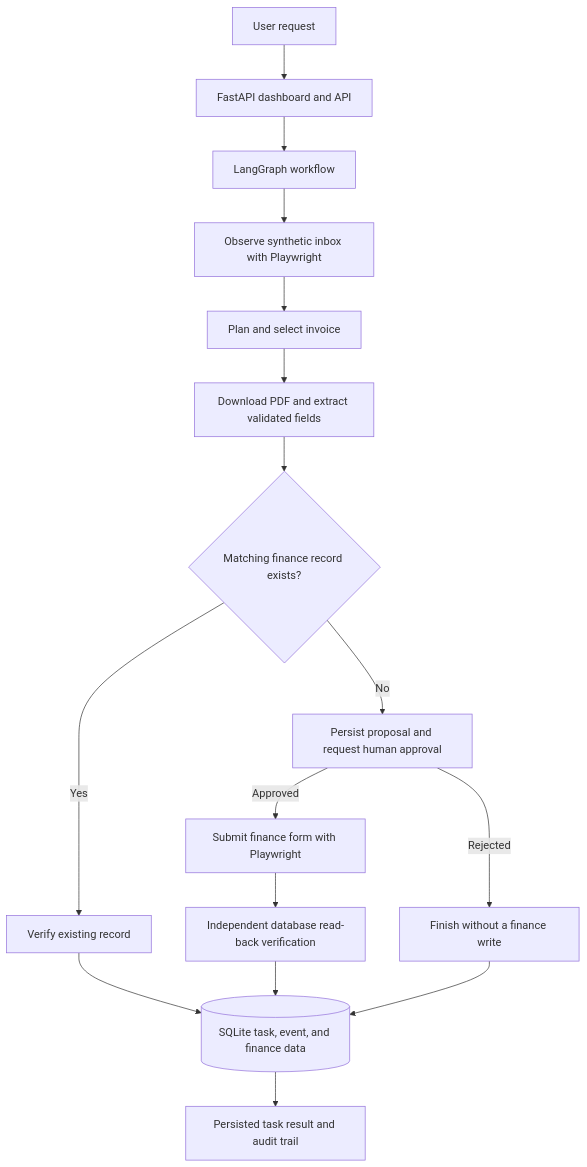
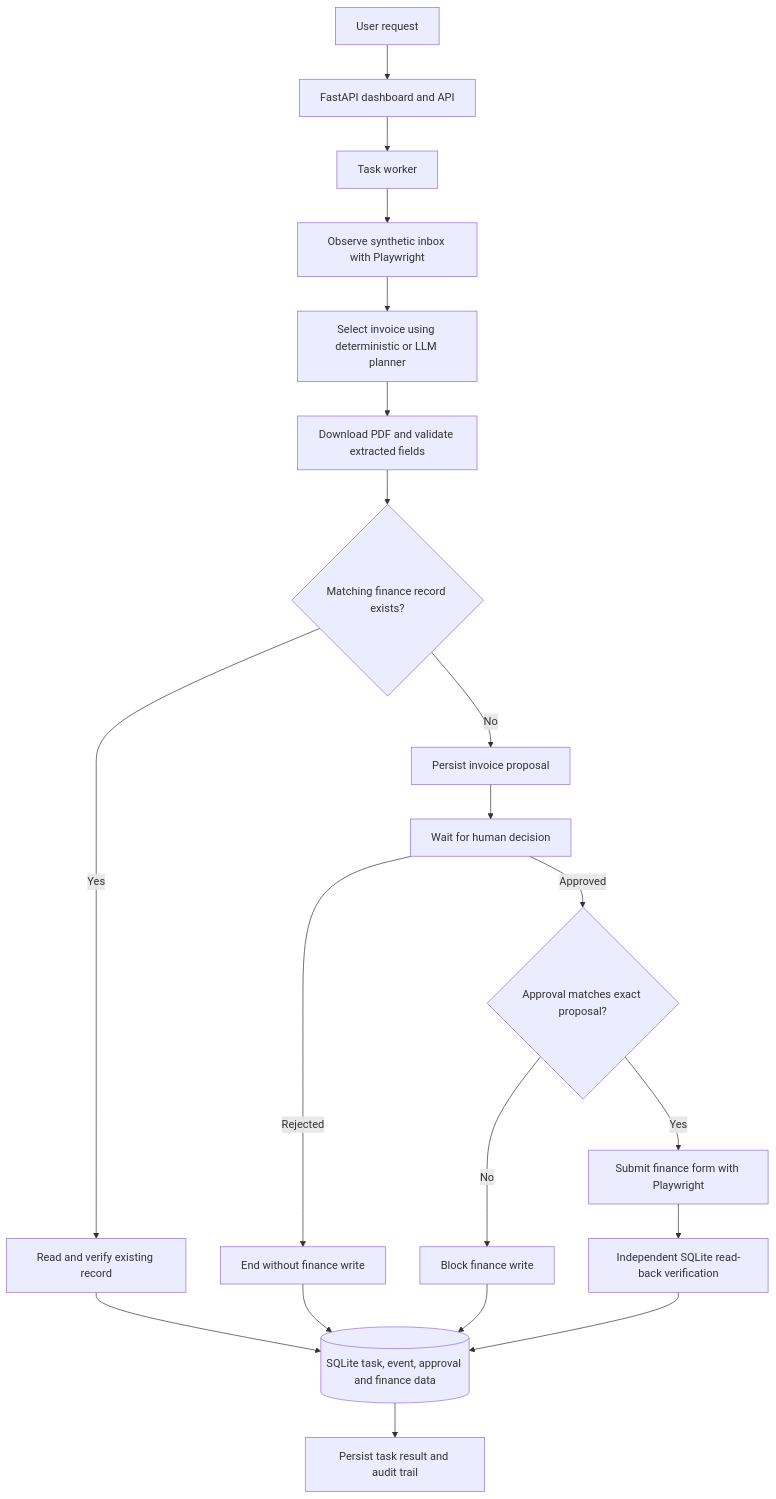
The diagram in README.md (Santa-Cruz1654/TaskPilot), drawn with Mermaid before and after one commit. The commit also changed other lines of this file, not shown here.

````diff
--- a/README.md
+++ b/README.md
@@ -23,18 +24,25 @@
 ```mermaid
 flowchart TD
     U[User request] --> API[FastAPI dashboard and API]
-    API --> G[LangGraph workflow]
-    G --> O[Observe synthetic inbox with Playwright]
-    O --> P[Plan and select invoice]
-    P --> D[Download PDF and extract validated fields]
+    API --> W[Task worker]
+    W --> O[Observe synthetic inbox with Playwright]
+    O --> P[Select invoice using deterministic or LLM planner]
+    P --> D[Download PDF and validate extracted fields]
     D --> X{Matching finance record exists?}
-    X -->|Yes| V1[Verify existing record]
-    X -->|No| A[Persist proposal and request human approval]
-    A -->|Rejected| R[Finish without a finance write]
-    A -->|Approved| W[Submit finance form with Playwright]
-    W --> V2[Independent database read-back verification]
-    V1 --> DB[(SQLite task, event, and finance data)]
+
+    X -->|Yes| V1[Read and verify existing record]
+    X -->|No| A[Persist invoice proposal]
+    A --> PA[Wait for human decision]
+
+    PA -->|Rejected| R[End without finance write]
+    PA -->|Approved| M{Approval matches exact proposal?}
+    M -->|No| B[Block finance write]
+    M -->|Yes| W2[Submit finance form with Playwright]
+
+    W2 --> V2[Independent SQLite read-back verification]
+    V1 --> DB[(SQLite task, event, approval and finance data)]
     V2 --> DB
     R --> DB
-    DB --> OUT[Persisted task result and audit trail]
+    B --> DB
+    DB --> OUT[Persist task result and audit trail]
 ```
````
